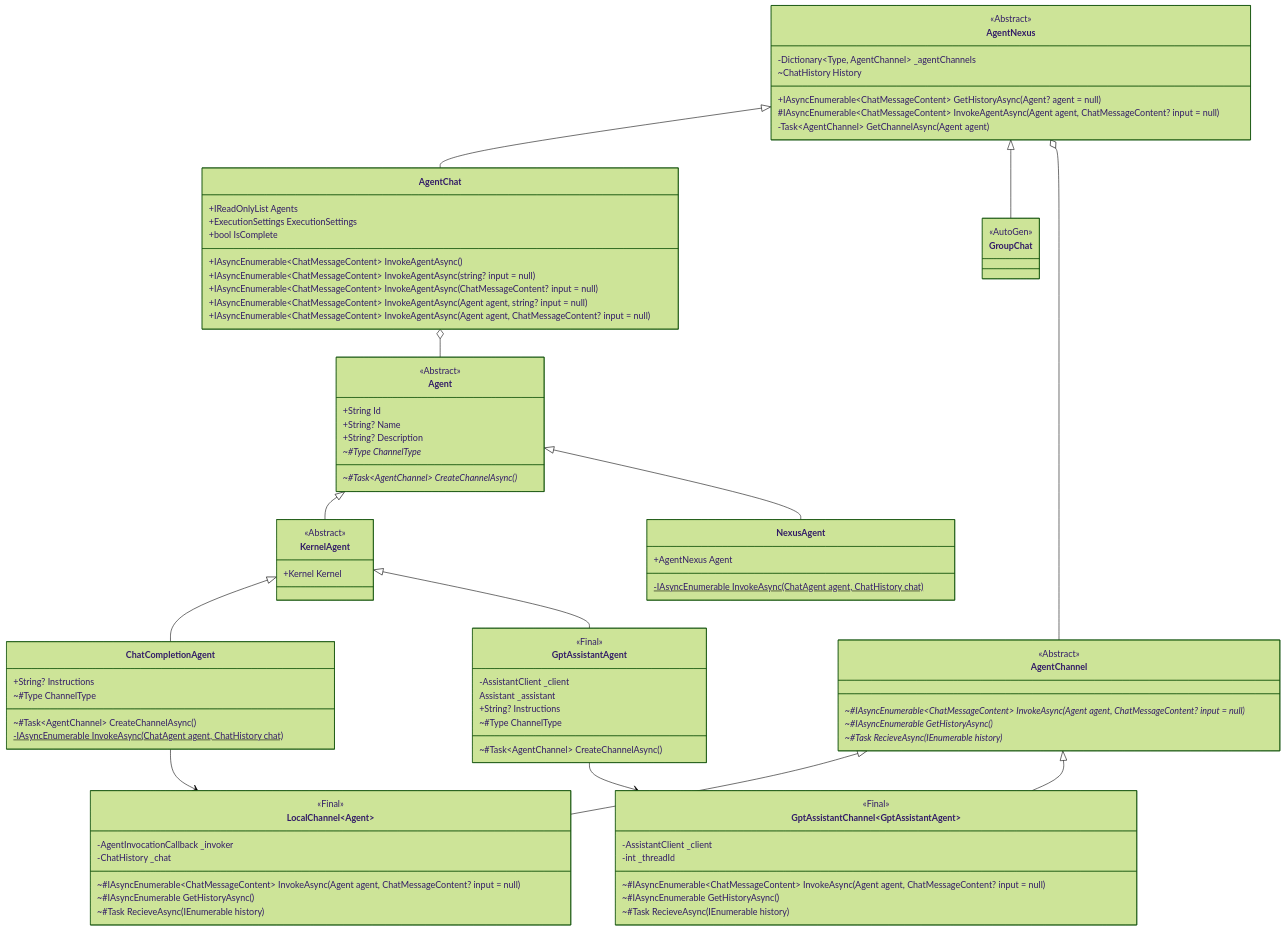
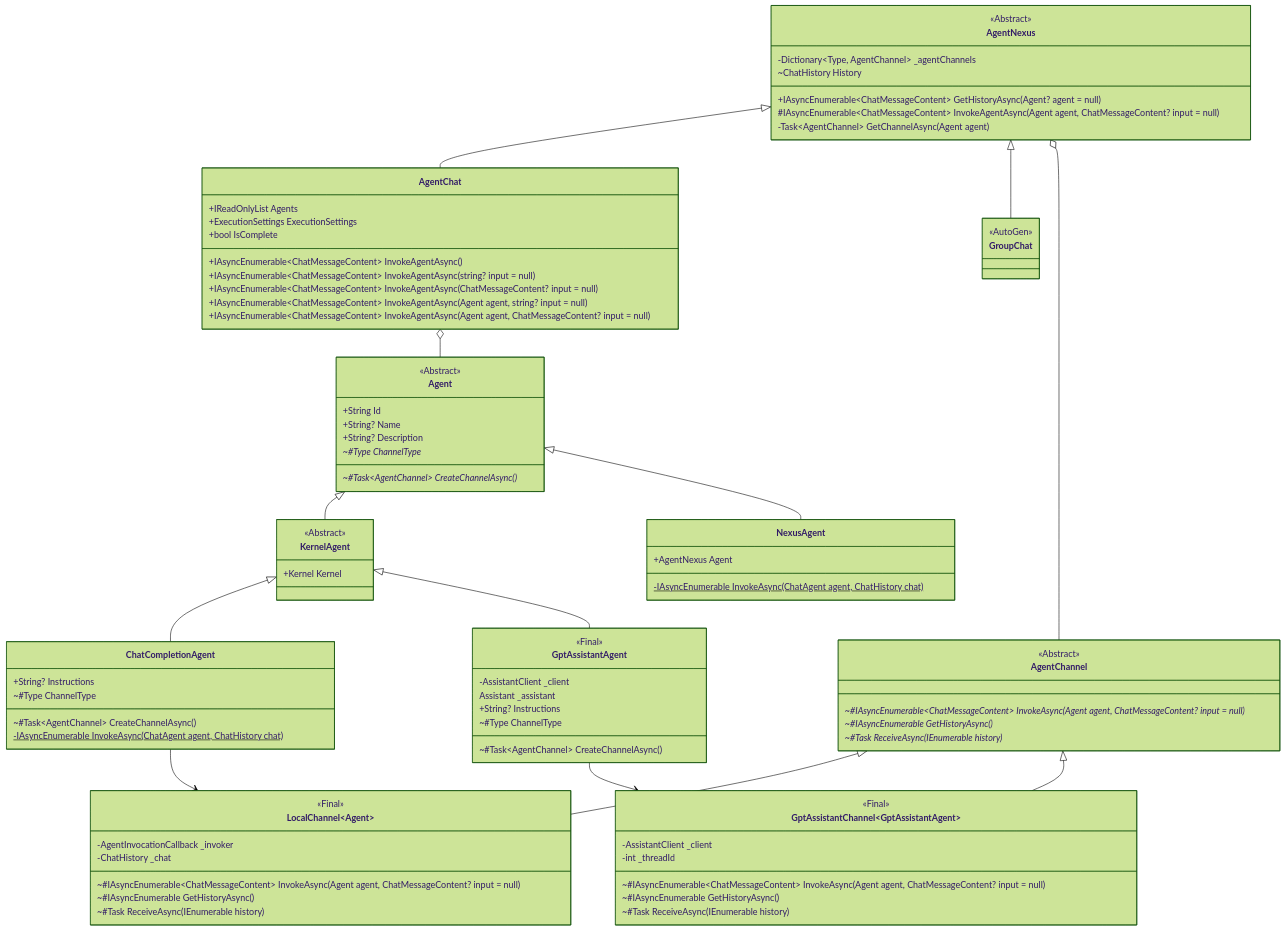
One commit to microsoft/semantic-kernel changed the diagram in docs/decisions/diagrams/agent-architecture.mmd. Above: the diagram before and after it, drawn with Mermaid (forest theme). The commit also changed 1 other file, not shown here.

```diff
--- a/docs/decisions/diagrams/agent-architecture.mmd
+++ b/docs/decisions/diagrams/agent-architecture.mmd
@@ -1,100 +1,100 @@
 classDiagram
     Agent
     Agent <|-- KernelAgent
     Agent <|-- NexusAgent
     %% KernelAgent <|-- LocalAgent
     KernelAgent <|-- ChatCompletionAgent
     KernelAgent <|-- GptAssistantAgent
 
     AgentChannel~Agent~
     AgentChannel <|-- LocalChannel~Agent~
     AgentChannel <|-- GptAssistantChannel~GptAssistantAgent~
 
     AgentNexus
     AgentNexus <|-- AgentChat
     AgentNexus <|-- GroupChat
 
     class Agent {
         <<Abstract>>        
         +String Id
         +String? Name
         +String? Description
         ~#Type ChannelType*
         ~#Task~AgentChannel~ CreateChannelAsync()*
     }
     class NexusAgent {
         +AgentNexus Agent
         -IAsyncEnumerable<ChatMessageContent> InvokeAsync(ChatAgent agent, ChatHistory chat)$
     }
     class KernelAgent {
         <<Abstract>>        
         +Kernel Kernel
     }
     ChatCompletionAgent --> LocalChannel
     class ChatCompletionAgent {
         +String? Instructions
         ~#Type ChannelType
         ~#Task~AgentChannel~ CreateChannelAsync()
         -IAsyncEnumerable<ChatMessageContent> InvokeAsync(ChatAgent agent, ChatHistory chat)$
     }
 
     GptAssistantAgent --> GptAssistantChannel
     class GptAssistantAgent {
         <<Final>>
         -AssistantClient _client
         Assistant _assistant
         +String? Instructions
         ~#Type ChannelType
         ~#Task~AgentChannel~ CreateChannelAsync()
     }
 
     class AgentChannel {
         <<Abstract>>
         ~#IAsyncEnumerable~ChatMessageContent~ InvokeAsync(Agent agent, ChatMessageContent? input = null)*
         ~#IAsyncEnumerable<ChatMessageContent> GetHistoryAsync()*
-        ~#Task RecieveAsync(IEnumerable<ChatMessageContent> history)*
+        ~#Task ReceiveAsync(IEnumerable<ChatMessageContent> history)*
     }
 
     class LocalChannel {
         <<Final>>
         -AgentInvocationCallback _invoker
         -ChatHistory _chat
         ~#IAsyncEnumerable~ChatMessageContent~ InvokeAsync(Agent agent, ChatMessageContent? input = null)
         ~#IAsyncEnumerable<ChatMessageContent> GetHistoryAsync()
-        ~#Task RecieveAsync(IEnumerable<ChatMessageContent> history)
+        ~#Task ReceiveAsync(IEnumerable<ChatMessageContent> history)
     }
 
     class GptAssistantChannel {
         <<Final>>
         -AssistantClient _client
         -int _threadId
         ~#IAsyncEnumerable~ChatMessageContent~ InvokeAsync(Agent agent, ChatMessageContent? input = null)
         ~#IAsyncEnumerable<ChatMessageContent> GetHistoryAsync()
-        ~#Task RecieveAsync(IEnumerable<ChatMessageContent> history)
+        ~#Task ReceiveAsync(IEnumerable<ChatMessageContent> history)
     }
 
     AgentNexus o-- AgentChannel
     class AgentNexus {
         <<Abstract>>
         -Dictionary~Type, AgentChannel~ _agentChannels
         ~ChatHistory History
         +IAsyncEnumerable~ChatMessageContent~ GetHistoryAsync(Agent? agent = null)
         #IAsyncEnumerable~ChatMessageContent~ InvokeAgentAsync(Agent agent, ChatMessageContent? input = null)
         -Task~AgentChannel~ GetChannelAsync(Agent agent)
     }
 
     AgentChat o-- Agent
     class AgentChat {
         +IReadOnlyList<Agent> Agents
         +ExecutionSettings ExecutionSettings
         +bool IsComplete
         +IAsyncEnumerable~ChatMessageContent~ InvokeAgentAsync()
         +IAsyncEnumerable~ChatMessageContent~ InvokeAgentAsync(string? input = null)
         +IAsyncEnumerable~ChatMessageContent~ InvokeAgentAsync(ChatMessageContent? input = null)
         +IAsyncEnumerable~ChatMessageContent~ InvokeAgentAsync(Agent agent, string? input = null)
         +IAsyncEnumerable~ChatMessageContent~ InvokeAgentAsync(Agent agent, ChatMessageContent? input = null)
     }
 
     class GroupChat {
         <<AutoGen>>
     }
```
